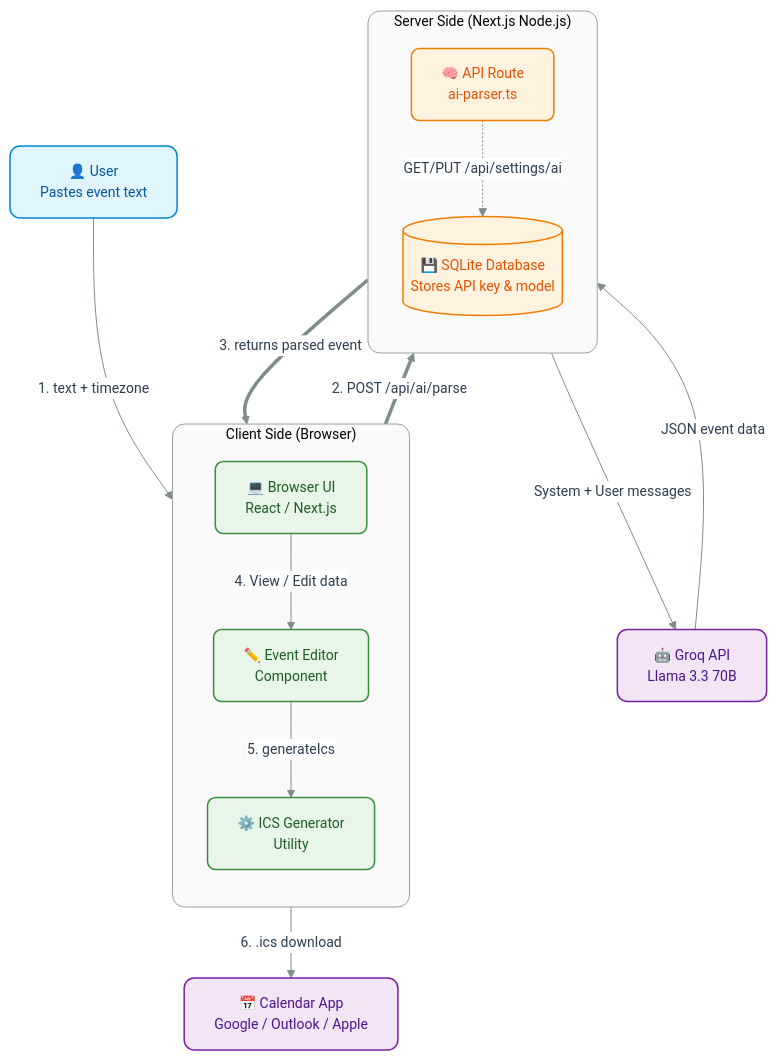
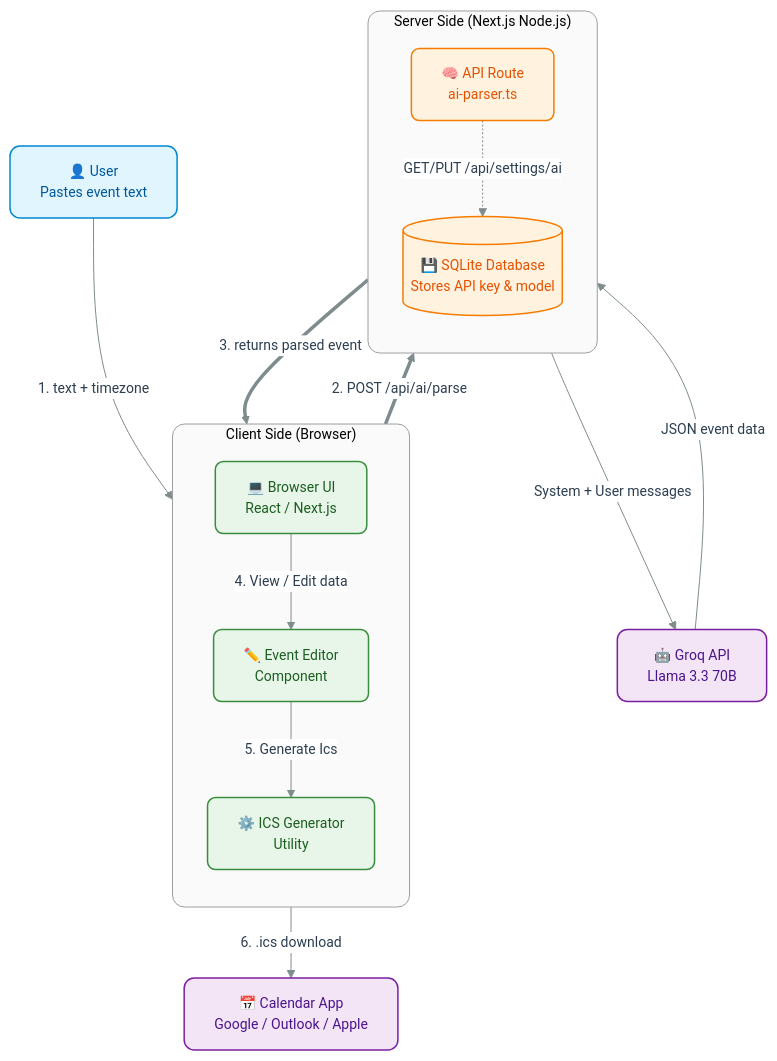
The diagram in README.md (Rimas-Codes/event-to-ics), drawn with Mermaid before and after one commit. The commit also changed other lines of this file, not shown here.

Commit message:
Correct label casing in flow diagram
Updated the flow diagram labels for consistency.

````diff
--- a/README.md
+++ b/README.md
@@ -7,55 +7,55 @@
 ```mermaid
 %%{init: {'theme': 'base', 'themeVariables': { 'primaryColor': '#ffffff', 'primaryTextColor': '#2c3e50', 'primaryBorderColor': '#bdc3c7', 'lineColor': '#7f8c8d', 'fontSize': '14px', 'fontFamily': 'Helvetica Neue, Inter, Arial, sans-serif'}}}%%
 flowchart TD
     %% Styling Definitions for modern look (soft pastels and rounded corners)
     classDef user fill:#e1f5fe,stroke:#0288d1,stroke-width:1.5px,color:#01579b,rx:10,ry:10;
     classDef frontend fill:#e8f5e9,stroke:#388e3c,stroke-width:1.5px,color:#1b5e20,rx:8,ry:8;
     classDef backend fill:#fff3e0,stroke:#f57c00,stroke-width:1.5px,color:#e65100,rx:8,ry:8;
     classDef external fill:#f3e5f5,stroke:#7b1fa2,stroke-width:1.5px,color:#4a148c,rx:10,ry:10;
     
     %% Boundary Nodes Styling (for grouping and clarity)
     classDef boundary stroke:#9e9e9e,stroke-width:1px,fill:#fafafa,rx:12,ry:12;
 
     %% Nodes Outside Boundaries
     U["👤 User<br/>Pastes event text"]:::user
     C["📅 Calendar App<br/>Google / Outlook / Apple"]:::external
 
     %% Client Side Group with Boundary
     subgraph Client ["Client Side (Browser)"]
         direction TB
         B["💻 Browser UI<br/>React / Next.js"]:::frontend
         E["✏️ Event Editor<br/>Component"]:::frontend
         I["⚙️ ICS Generator<br/>Utility"]:::frontend
     end
     %% Apply boundary style to the subgraph itself
     class Client boundary;
 
     %% Server Side Group with Boundary
     subgraph Server ["Server Side (Next.js Node.js)"]
         direction TB
         A["🧠 API Route<br/>ai-parser.ts"]:::backend
         DB[("💾 SQLite Database<br/>Stores API key & model")]:::backend
     end
     %% Apply boundary style to the subgraph itself
     class Server boundary;
 
     %% External Services
     G["🤖 Groq API<br/>Llama 3.3 70B"]:::external
 
     %% Data Flow / Relationships (Interaction Links)
     U -->|1. text + timezone| B
     
     %% Split interactions for better arrow style application
     B ==>|2. POST /api/ai/parse| A
     A ==>|3. returns parsed event| B
     
     %% Internal Client Flow (Solid)
     B -->|4. View / Edit data| E
-    E -->|5. generateIcs| I
+    E -->|5. Generate Ics| I
     I -->|6. .ics download| C
 
     %% Internal Server Flow (Thinner and dashed where appropriate)
     A -->|System + User messages| G
     G -->|JSON event data| A
     A -.->|GET/PUT /api/settings/ai| DB
 ```
````
